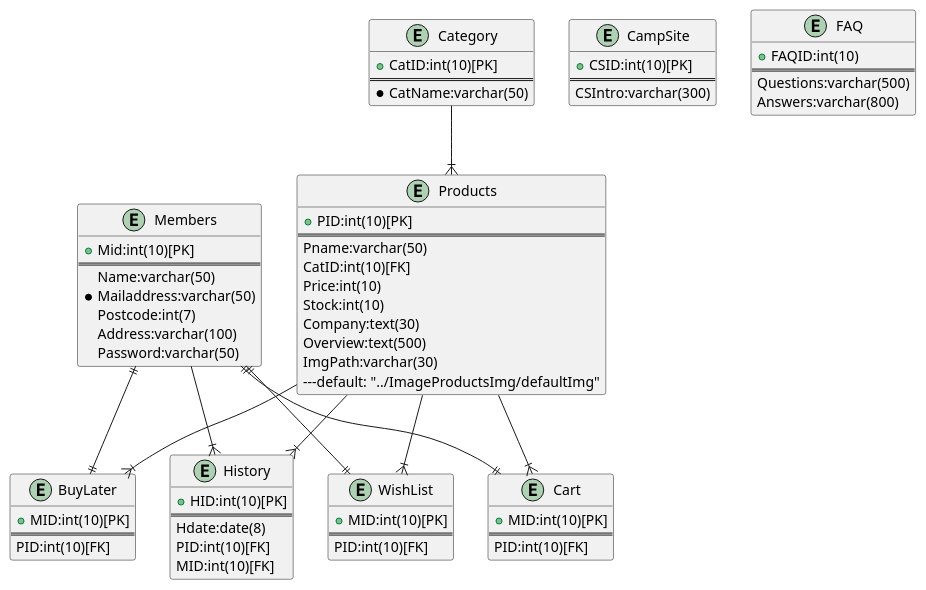
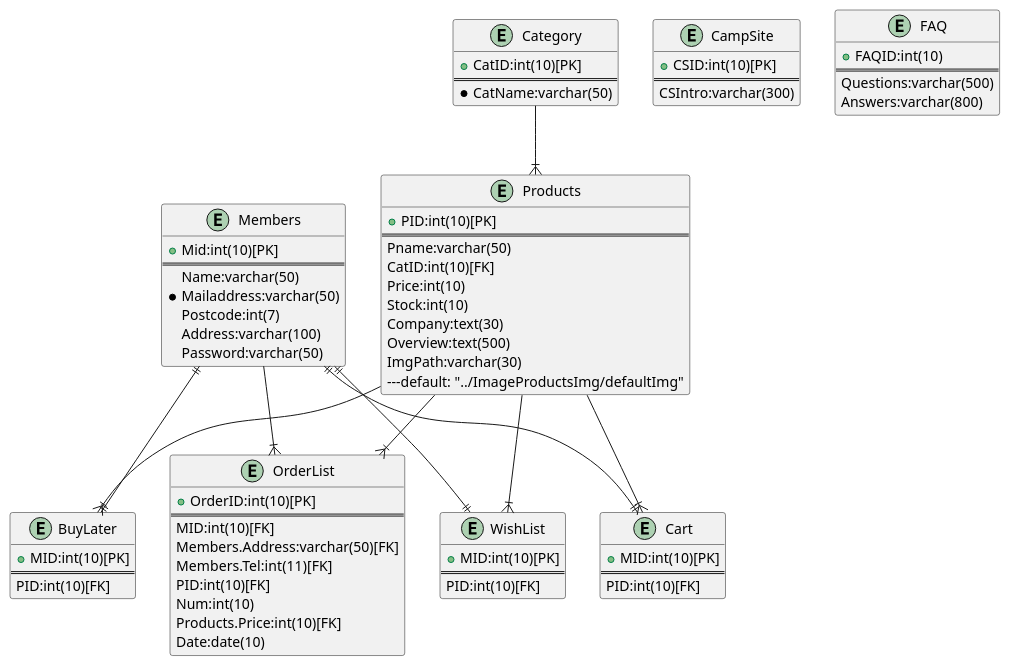
The diagram in ER.md (Aso2001217/Asozon), drawn with PlantUML before and after one commit.

```diff
--- a/ER.md
+++ b/ER.md
@@ -41,12 +41,16 @@
 PID:int(10)[FK]
 }
 
-entity "History"{
-+ HID:int(10)[PK]
+entity "OrderList"{
++ OrderID:int(10)[PK]
 ==
-Hdate:date(8)
+MID:int(10)[FK]
+Members.Address:varchar(50)[FK]
+Members.Tel:int(11)[FK]
 PID:int(10)[FK]
-MID:int(10)[FK]
+Num:int(10)
+Products.Price:int(10)[FK]
+Date:date(10)
 }
 
 entity "Category"{
@@ -70,10 +74,10 @@
 
 Products --|{ Cart
 Products --|{ WishList
-Products --|{ History
+Products --|{ OrderList
 Products --|{ BuyLater
 Category --|{ Products
-Members--|{ History
+Members--|{ OrderList
 Members||--||BuyLater
 Members||--||WishList
 Members||--||Cart
```
